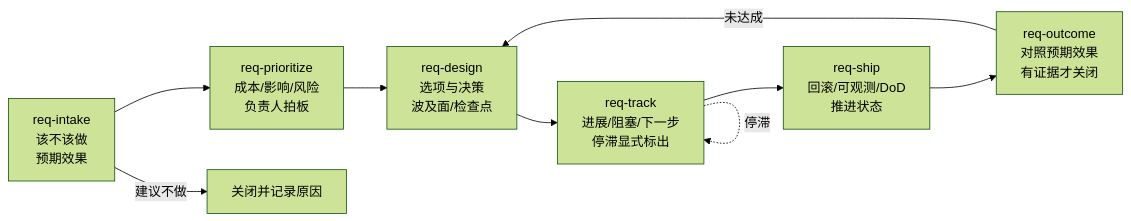
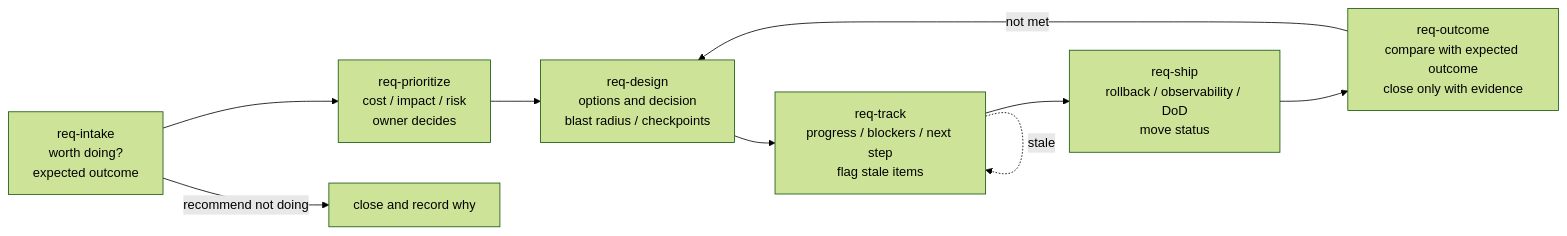
One commit to MiniMax-AI/mcode-stack changed the diagram in stacks/req-tpm/README.md. Above: the diagram before and after it, drawn with Mermaid (forest theme). The commit also changed other lines of this file and 10 other files, not shown here.

````diff
--- a/stacks/req-tpm/README.md
+++ b/stacks/req-tpm/README.md
@@ -9,11 +21,11 @@
 ```mermaid
 flowchart LR
-  A[req-intake<br/>该不该做<br/>预期效果] --> B[req-prioritize<br/>成本/影响/风险<br/>负责人拍板]
-  B --> C[req-design<br/>选项与决策<br/>波及面/检查点]
-  C --> D[req-track<br/>进展/阻塞/下一步<br/>停滞显式标出]
-  D --> E[req-ship<br/>回滚/可观测/DoD<br/>推进状态]
-  E --> F[req-outcome<br/>对照预期效果<br/>有证据才关闭]
-  F -- 未达成 --> C
-  A -- 建议不做 --> X[关闭并记录原因]
-  D -. 停滞 .-> D
+  A[req-intake<br/>worth doing?<br/>expected outcome] --> B[req-prioritize<br/>cost / impact / risk<br/>owner decides]
+  B --> C[req-design<br/>options and decision<br/>blast radius / checkpoints]
+  C --> D[req-track<br/>progress / blockers / next step<br/>flag stale items]
+  D --> E[req-ship<br/>rollback / observability / DoD<br/>move status]
+  E --> F[req-outcome<br/>compare with expected outcome<br/>close only with evidence]
+  F -- not met --> C
+  A -- recommend not doing --> X[close and record why]
+  D -. stale .-> D
 ```
````
